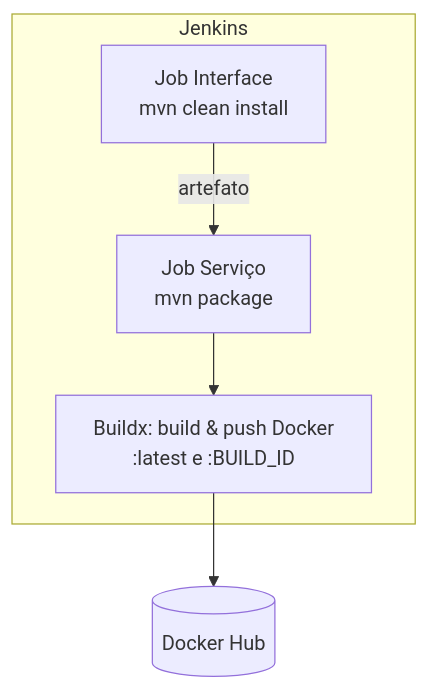
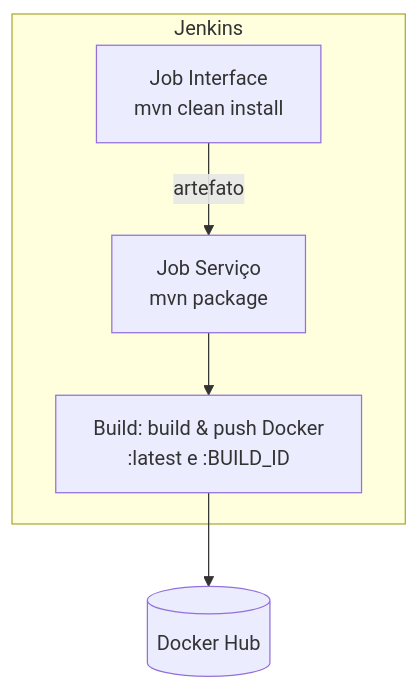
One commit to Joao-Pedro-Queiroz/pma_apis_docs changed the first of 2 diagrams in docs/jenkins/main.md. Above: the diagram before and after it, drawn with Mermaid. The commit also changed other lines of this file, not shown here.

````diff
--- a/docs/jenkins/main.md
+++ b/docs/jenkins/main.md
@@ -179,8 +179,8 @@
 ```mermaid
 flowchart TB
     subgraph Jenkins
         I[Job Interface<br/>mvn clean install] -->|artefato| S[Job Serviço<br/>mvn package]
-        S --> D[Buildx: build & push Docker<br/>:latest e :BUILD_ID]
+        S --> D[Build: build & push Docker<br/>:latest e :BUILD_ID]
     end
     D --> REG[(Docker Hub)]
 ```
````
